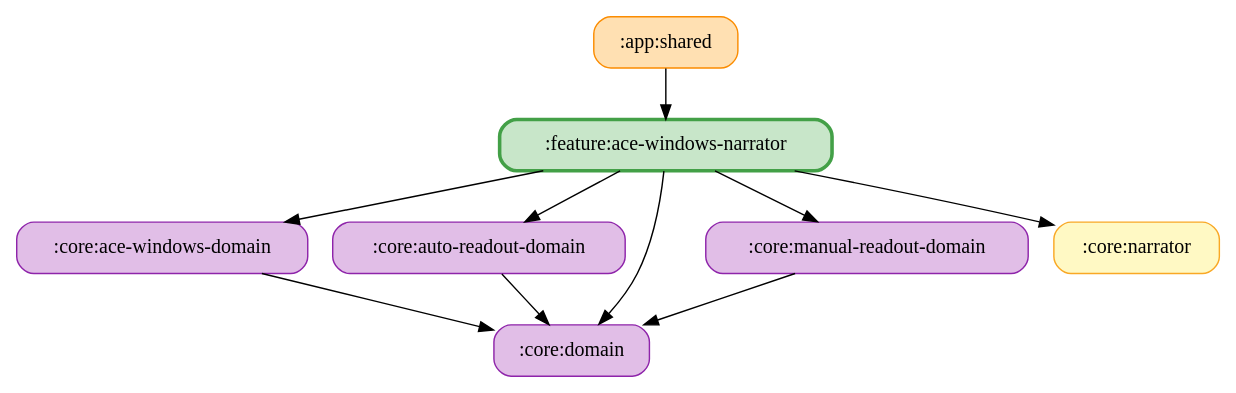
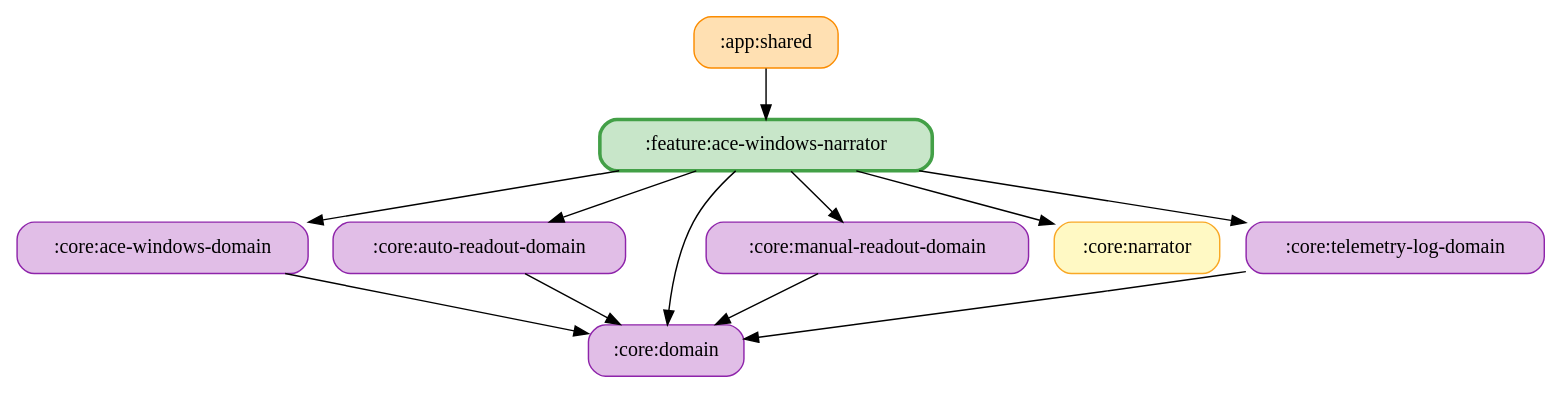
The diagram in docs/graphs/feature-ace-windows-narrator.gv (ai-kurou/KoDriver), drawn with Graphviz before and after one commit. The commit also changed 43 other files, not shown here.

Commit message:
chore: update module graph images

```diff
--- a/docs/graphs/feature-ace-windows-narrator.gv
+++ b/docs/graphs/feature-ace-windows-narrator.gv
@@ -1,20 +1,23 @@
 digraph G {
   rankdir=TB
   node [shape=box, style="rounded,filled"]
   ":app:shared" [fillcolor="#FFE0B2", color="#FB8C00", penwidth=1]
   ":core:ace-windows-domain" [fillcolor="#E1BEE7", color="#8E24AA", penwidth=1]
   ":core:auto-readout-domain" [fillcolor="#E1BEE7", color="#8E24AA", penwidth=1]
   ":core:domain" [fillcolor="#E1BEE7", color="#8E24AA", penwidth=1]
   ":core:manual-readout-domain" [fillcolor="#E1BEE7", color="#8E24AA", penwidth=1]
   ":core:narrator" [fillcolor="#FFF9C4", color="#F9A825", penwidth=1]
+  ":core:telemetry-log-domain" [fillcolor="#E1BEE7", color="#8E24AA", penwidth=1]
   ":feature:ace-windows-narrator" [fillcolor="#C8E6C9", color="#43A047", penwidth=2.5]
   ":app:shared" -> ":feature:ace-windows-narrator"
   ":core:ace-windows-domain" -> ":core:domain"
   ":core:auto-readout-domain" -> ":core:domain"
   ":core:manual-readout-domain" -> ":core:domain"
+  ":core:telemetry-log-domain" -> ":core:domain"
   ":feature:ace-windows-narrator" -> ":core:domain"
   ":feature:ace-windows-narrator" -> ":core:auto-readout-domain"
+  ":feature:ace-windows-narrator" -> ":core:telemetry-log-domain"
   ":feature:ace-windows-narrator" -> ":core:ace-windows-domain"
   ":feature:ace-windows-narrator" -> ":core:manual-readout-domain"
   ":feature:ace-windows-narrator" -> ":core:narrator"
 }
```
